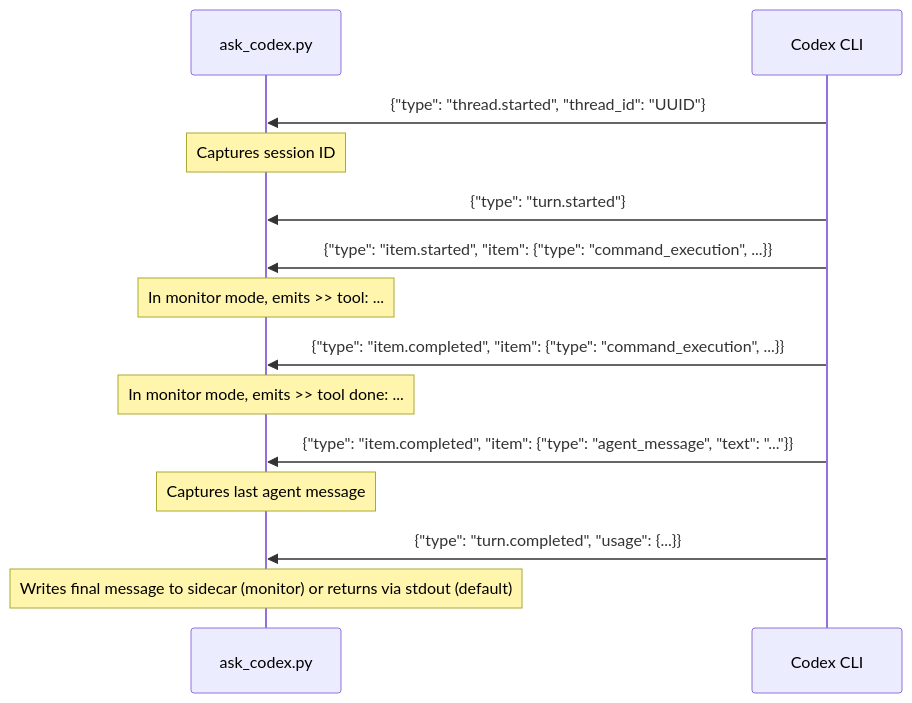
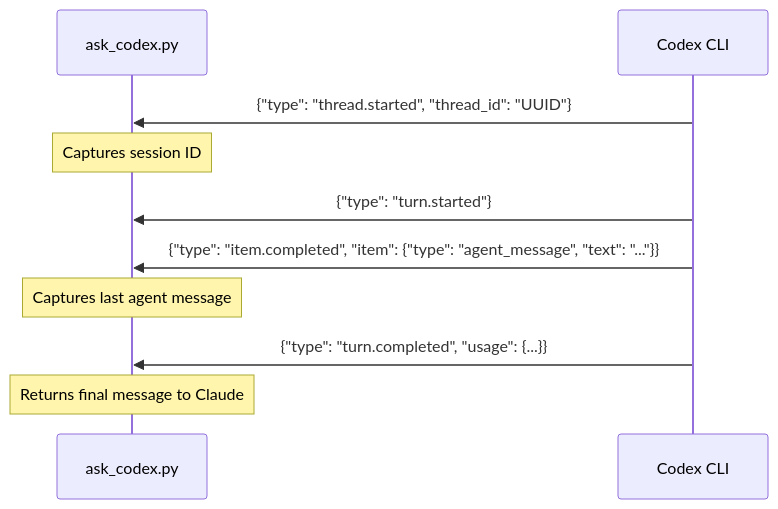
Before and after one commit to ehzawad/codex-opinion: the second of 2 diagrams in DESIGN.md, drawn with Mermaid. The commit also changed other lines of this file and 8 other files, not shown here.

````diff
--- a/DESIGN.md
+++ b/DESIGN.md
@@ -39,17 +37,13 @@
 ```mermaid
 sequenceDiagram
     participant S as ask_codex.py
     participant X as Codex CLI
 
     X->>S: {"type": "thread.started", "thread_id": "UUID"}
     Note over S: Captures session ID
     X->>S: {"type": "turn.started"}
-    X->>S: {"type": "item.started", "item": {"type": "command_execution", ...}}
-    Note over S: In monitor mode, emits >> tool: ...
-    X->>S: {"type": "item.completed", "item": {"type": "command_execution", ...}}
-    Note over S: In monitor mode, emits >> tool done: ...
     X->>S: {"type": "item.completed", "item": {"type": "agent_message", "text": "..."}}
     Note over S: Captures last agent message
     X->>S: {"type": "turn.completed", "usage": {...}}
-    Note over S: Writes final message to sidecar (monitor) or returns via stdout (default)
+    Note over S: Returns final message to Claude
 ```
````
